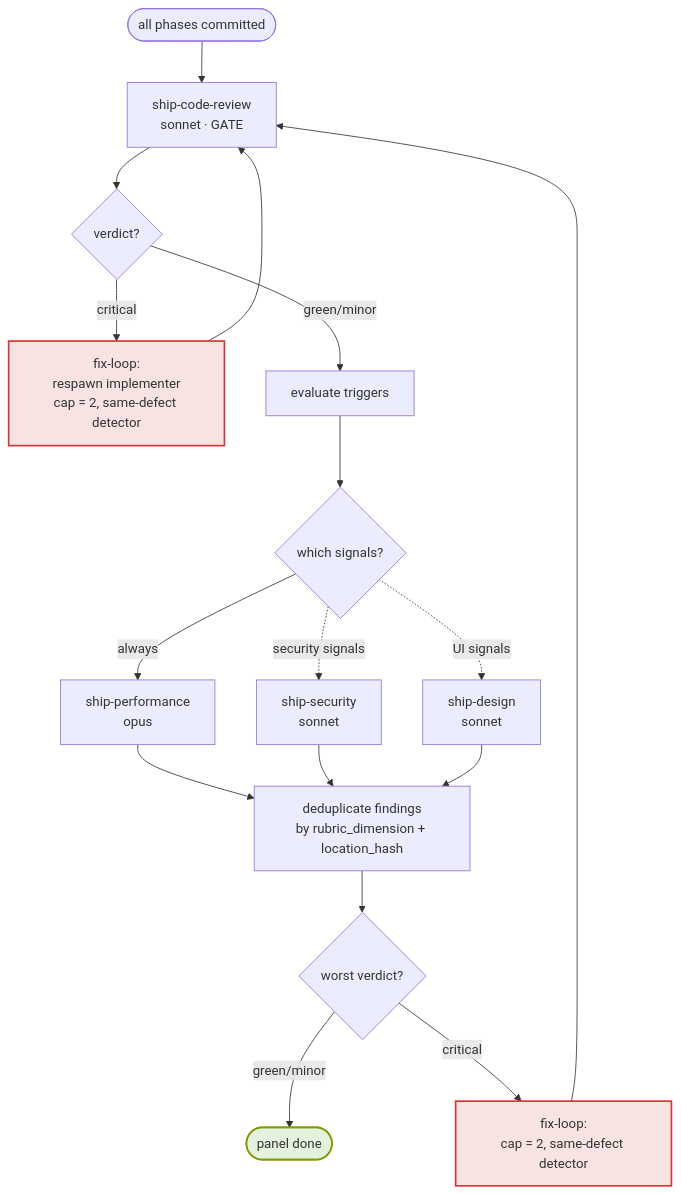
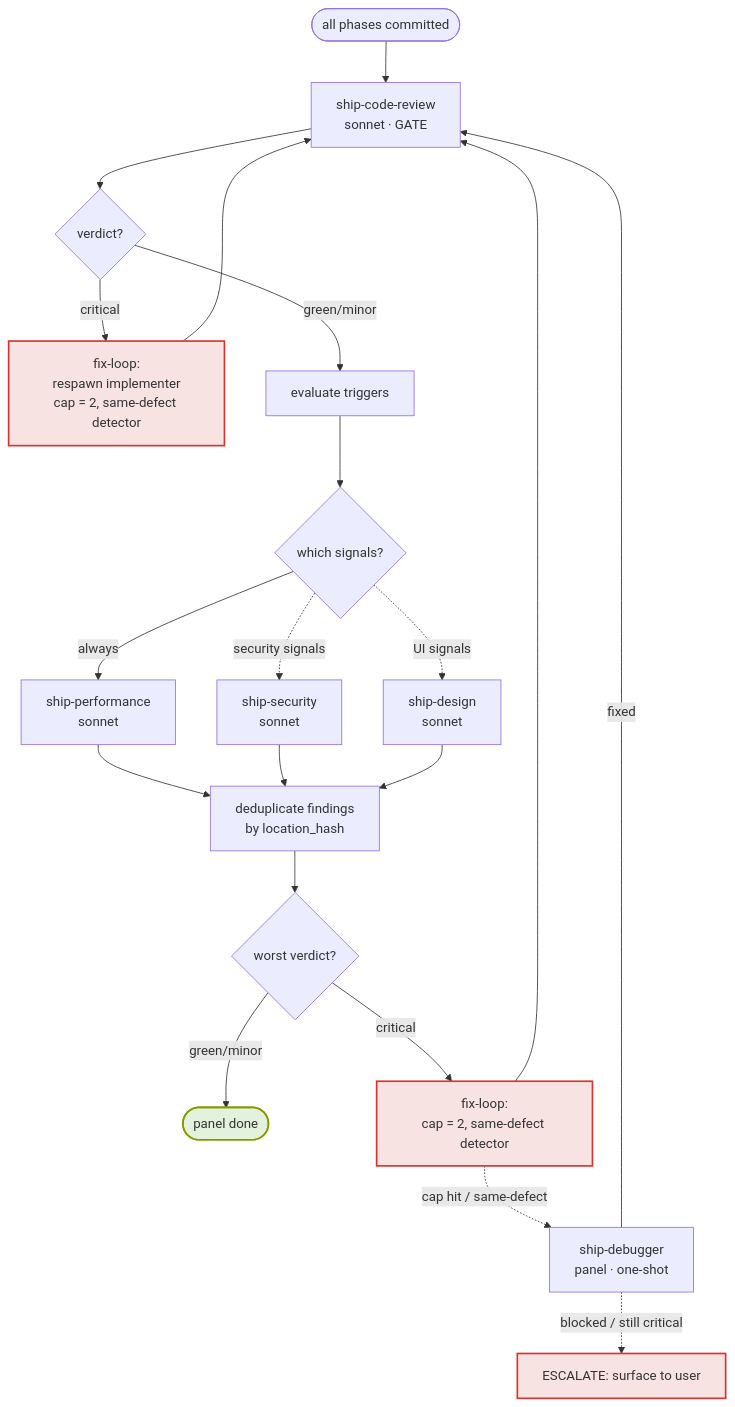
One commit to aliaksei-loi/ship changed the third of 4 diagrams in ARCHITECTURE.md. Above: the diagram before and after it, drawn with Mermaid. The commit also changed other lines of this file and 65 other files, not shown here.

````diff
--- a/ARCHITECTURE.md
+++ b/ARCHITECTURE.md
@@ -117,24 +119,27 @@
 ```mermaid
 flowchart TD
     Start([all phases committed]) --> Gate[ship-code-review<br/>sonnet  ·  GATE]
     Gate --> GateV{verdict?}
     GateV -->|critical| GFix[fix-loop:<br/>respawn implementer<br/>cap = 2, same-defect detector]:::stop
     GFix --> Gate
     GateV -->|green/minor| TriggerEval[evaluate triggers]
     TriggerEval --> Triggers{which signals?}
-    Triggers -->|always| Perf[ship-performance<br/>opus]
+    Triggers -->|always| Perf[ship-performance<br/>sonnet]
     Triggers -.security signals.-> Sec[ship-security<br/>sonnet]
     Triggers -.UI signals.-> Des[ship-design<br/>sonnet]
 
     Perf --> Aggr
     Sec --> Aggr
-    Des --> Aggr[deduplicate findings<br/>by rubric_dimension + location_hash]
+    Des --> Aggr[deduplicate findings<br/>by location_hash]
     Aggr --> AVerdict{worst verdict?}
     AVerdict -->|green/minor| Done([panel done])
     AVerdict -->|critical| AFix[fix-loop:<br/>cap = 2, same-defect detector]:::stop
     AFix --> Gate
+    AFix -.cap hit / same-defect.-> PDbg[ship-debugger<br/>panel · one-shot]
+    PDbg -->|fixed| Gate
+    PDbg -.blocked / still critical.-> PStop[ESCALATE: surface to user]:::stop
 
     classDef stop fill:#f8e3e3,stroke:#dc322f,stroke-width:2px
     classDef green fill:#e3f2dc,stroke:#859900,stroke-width:2px
     class Done green
 ```
````
